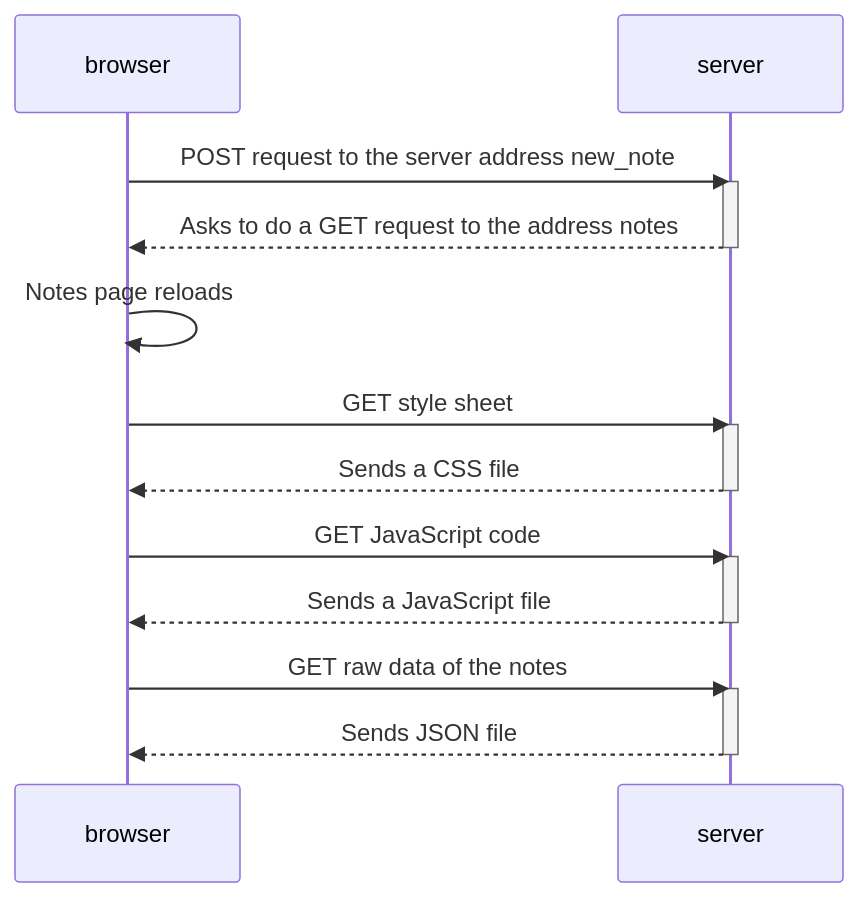
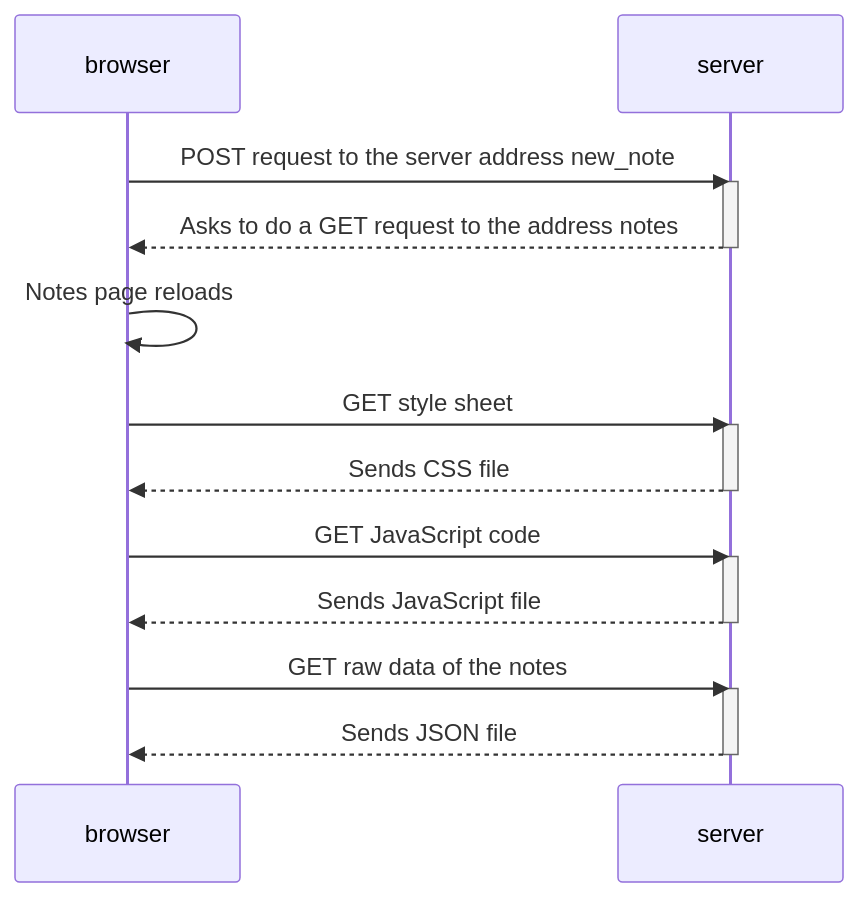
Before and after one commit to early-dew/FullStackOpen: the diagram in Part0.md, drawn with Mermaid.

````diff
--- a/Part0.md
+++ b/Part0.md
@@ -1,22 +1,22 @@
 ```mermaid
 sequenceDiagram
  participant browser
  participant server
  browser->>server: POST request to the server address new_note
  activate server
  server-->>browser:  Asks to do a GET request to the address notes
  deactivate server
  browser->>browser: Notes page reloads
  browser->>server: GET style sheet
  activate server
- server-->>browser: Sends a CSS file
+ server-->>browser: Sends CSS file
  deactivate server
  browser->>server: GET JavaScript code
  activate server
- server-->>browser: Sends a JavaScript file
+ server-->>browser: Sends JavaScript file
  deactivate server
  browser->>server: GET raw data of the notes
  activate server
  server-->>browser: Sends JSON file
  deactivate server
 ```
````
